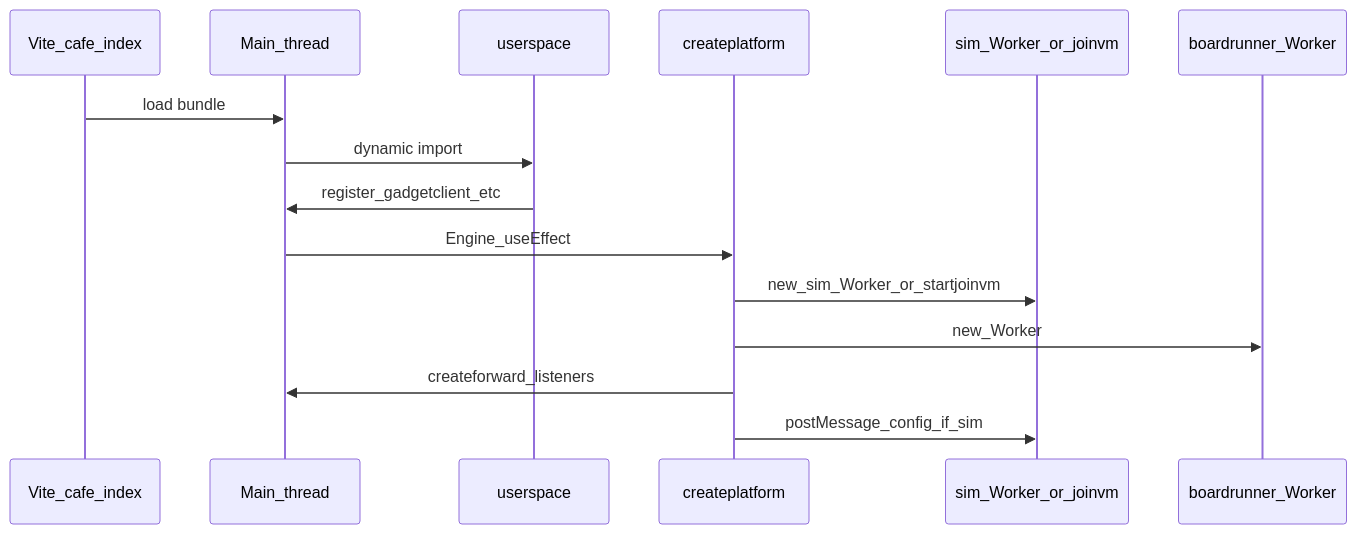
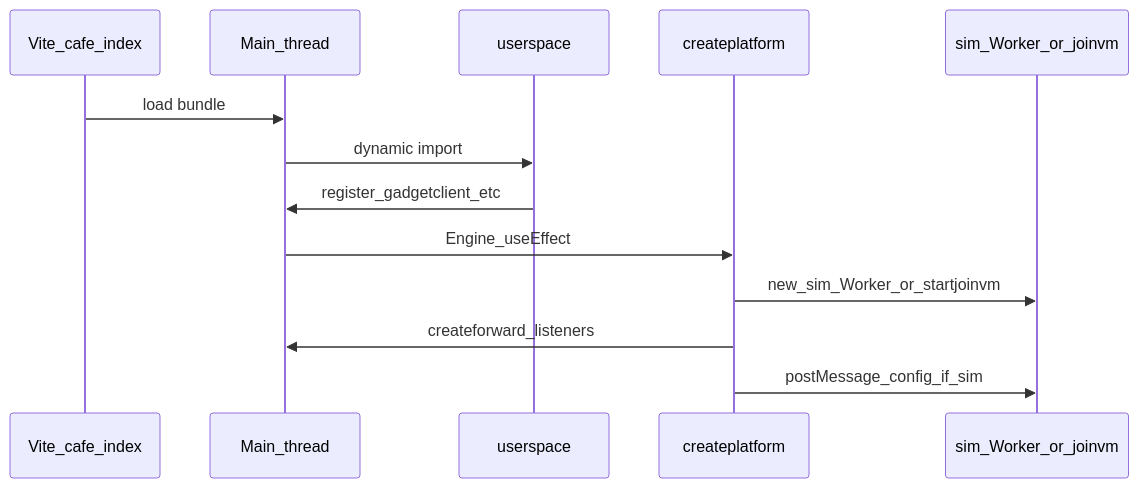
The first of 3 diagrams in zss/device/docs/devices-and-messaging.mdx (goldbuick/zed-software-system), drawn with Mermaid before and after one commit. The commit also changed other lines of this file and 340 other files, not shown here.

````diff
--- a/zss/device/docs/devices-and-messaging.mdx
+++ b/zss/device/docs/devices-and-messaging.mdx
@@ -72,17 +61,15 @@
 ```mermaid
 sequenceDiagram
   participant Vite as Vite_cafe_index
   participant Main as Main_thread
   participant US as userspace
   participant CP as createplatform
   participant Sim as sim_Worker_or_joinvm
-  participant Br as boardrunner_Worker
   Vite->>Main: load bundle
   Main->>US: dynamic import
   US->>Main: register_gadgetclient_etc
   Main->>CP: Engine_useEffect
   CP->>Sim: new_sim_Worker_or_startjoinvm
-  CP->>Br: new_Worker
   CP->>Main: createforward_listeners
   CP->>Sim: postMessage_config_if_sim
 ```
````
